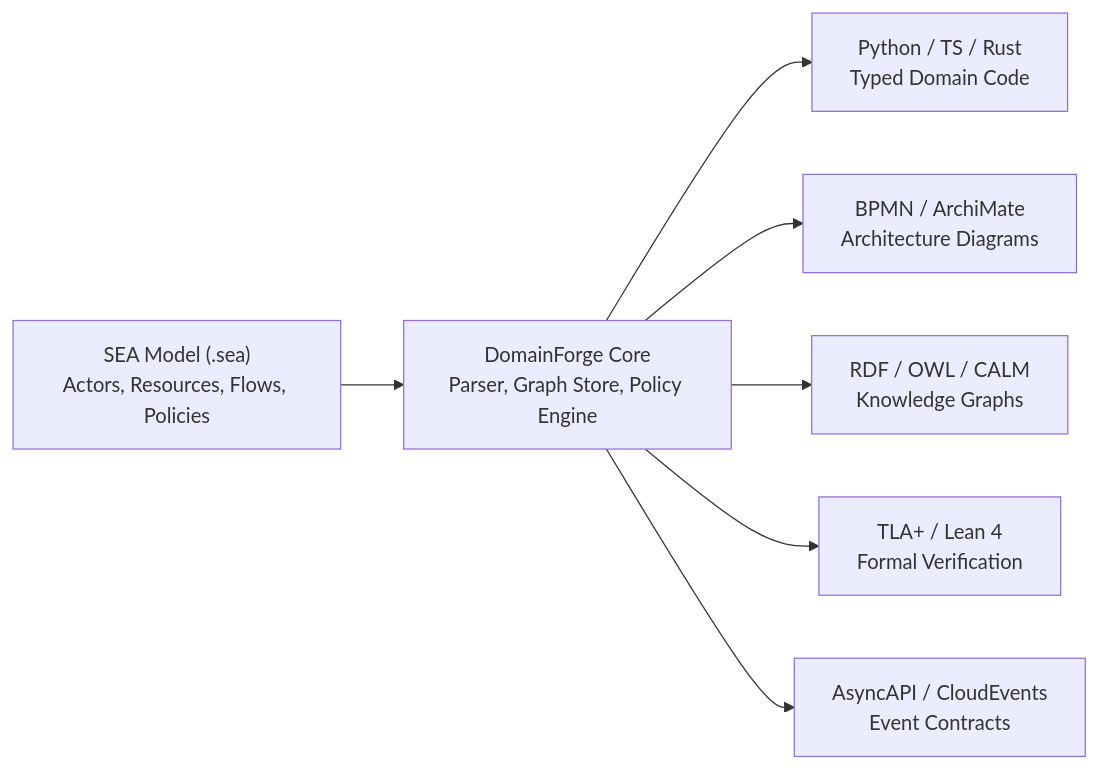
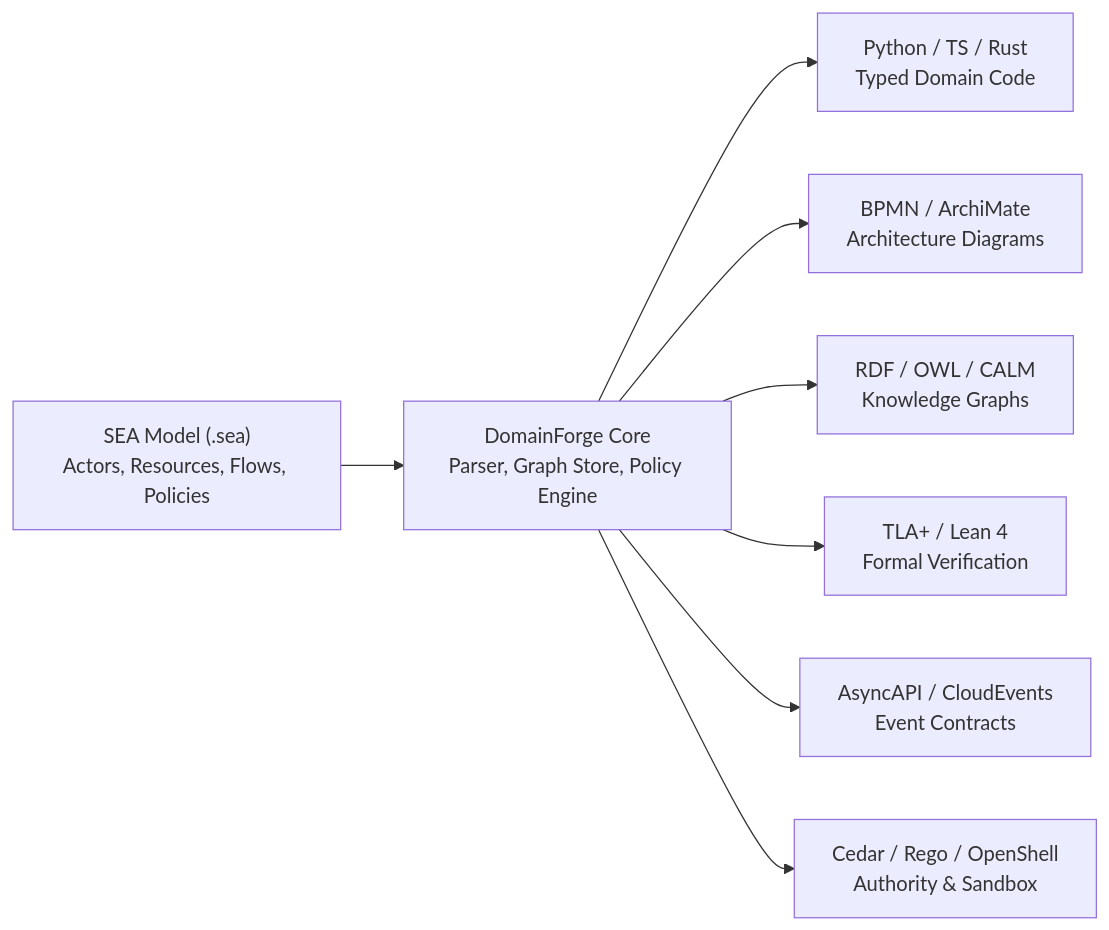
One commit to GodSpeedAI/DomainForge changed the diagram in docs/orientation.md. Above: the diagram before and after it, drawn with Mermaid. The commit also changed other lines of this file and 10 other files, not shown here.

````diff
--- a/docs/orientation.md
+++ b/docs/orientation.md
@@ -22,9 +22,10 @@
 ```mermaid
 graph LR
     A["SEA Model (.sea)<br>Actors, Resources, Flows, Policies"] --> B["DomainForge Core<br>Parser, Graph Store, Policy Engine"]
     B --> C["Python / TS / Rust<br>Typed Domain Code"]
     B --> D["BPMN / ArchiMate<br>Architecture Diagrams"]
     B --> E["RDF / OWL / CALM<br>Knowledge Graphs"]
     B --> F["TLA+ / Lean 4<br>Formal Verification"]
     B --> G["AsyncAPI / CloudEvents<br>Event Contracts"]
+    B --> H["Cedar / Rego / OpenShell<br>Authority & Sandbox"]
 ```
````
